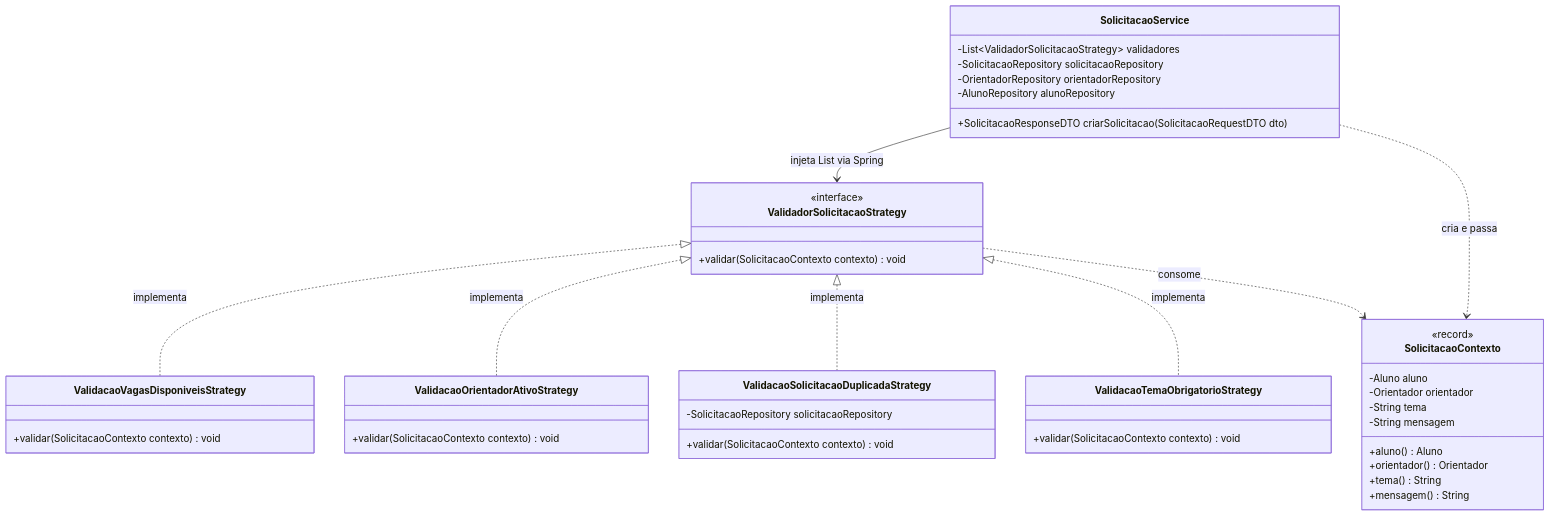
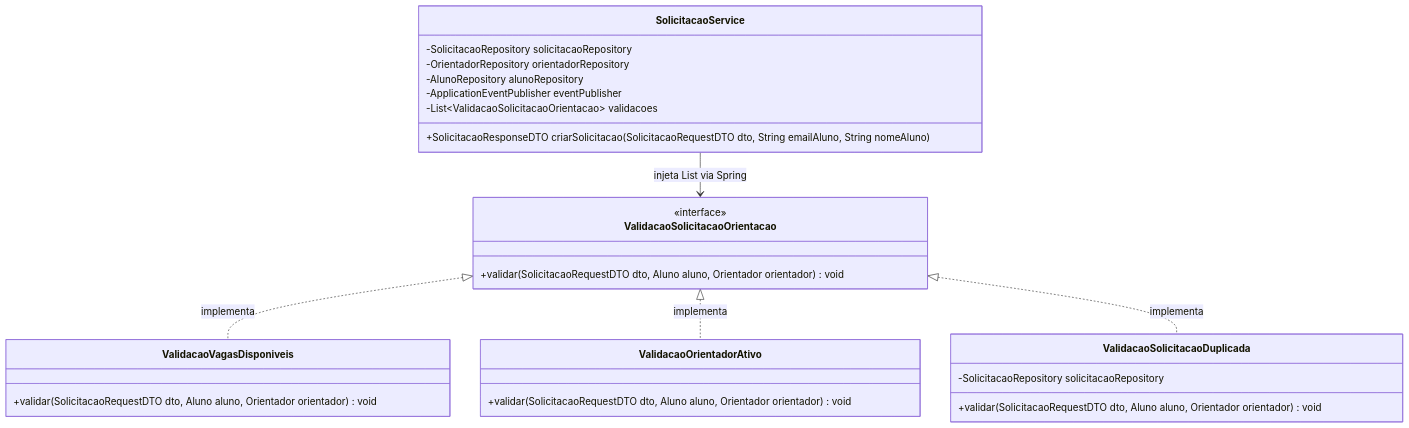
The first of 3 diagrams in docs/PADROES-DE-PROJETO.md (IFSC-ES2/es2-2026_2-equipe-3), drawn with Mermaid before and after one commit. The commit also changed other lines of this file and 1 other file, not shown here.

Commit message:
docs(padroes): alinha especificacao dos padroes strategy e observer e corrige links relativos

````diff
--- a/docs/PADROES-DE-PROJETO.md
+++ b/docs/PADROES-DE-PROJETO.md
@@ -39,54 +40,36 @@
 ```mermaid
 classDiagram
     direction TB
 
     class SolicitacaoService {
-        -List~ValidadorSolicitacaoStrategy~ validadores
         -SolicitacaoRepository solicitacaoRepository
         -OrientadorRepository orientadorRepository
         -AlunoRepository alunoRepository
-        +SolicitacaoResponseDTO criarSolicitacao(SolicitacaoRequestDTO dto)
+        -ApplicationEventPublisher eventPublisher
+        -List~ValidacaoSolicitacaoOrientacao~ validacoes
+        +SolicitacaoResponseDTO criarSolicitacao(SolicitacaoRequestDTO dto, String emailAluno, String nomeAluno)
     }
 
-    class SolicitacaoContexto {
-        <<record>>
-        -Aluno aluno
-        -Orientador orientador
-        -String tema
-        -String mensagem
-        +aluno() Aluno
-        +orientador() Orientador
-        +tema() String
-        +mensagem() String
+    class ValidacaoSolicitacaoOrientacao {
+        <<interface>>
+        +validar(SolicitacaoRequestDTO dto, Aluno aluno, Orientador orientador) void
     }
 
-    class ValidadorSolicitacaoStrategy {
-        <<interface>>
-        +validar(SolicitacaoContexto contexto) void
+    class ValidacaoVagasDisponiveis {
+        +validar(SolicitacaoRequestDTO dto, Aluno aluno, Orientador orientador) void
     }
 
-    class ValidacaoVagasDisponiveisStrategy {
-        +validar(SolicitacaoContexto contexto) void
+    class ValidacaoOrientadorAtivo {
+        +validar(SolicitacaoRequestDTO dto, Aluno aluno, Orientador orientador) void
     }
 
-    class ValidacaoOrientadorAtivoStrategy {
-        +validar(SolicitacaoContexto contexto) void
+    class ValidacaoSolicitacaoDuplicada {
+        -SolicitacaoRepository solicitacaoRepository
+        +validar(SolicitacaoRequestDTO dto, Aluno aluno, Orientador orientador) void
     }
 
-    class ValidacaoSolicitacaoDuplicadaStrategy {
-        -SolicitacaoRepository solicitacaoRepository
-        +validar(SolicitacaoContexto contexto) void
-    }
-
-    class ValidacaoTemaObrigatorioStrategy {
-        +validar(SolicitacaoContexto contexto) void
-    }
-
-    SolicitacaoService --> ValidadorSolicitacaoStrategy : injeta List via Spring
-    SolicitacaoService ..> SolicitacaoContexto : cria e passa
-    ValidadorSolicitacaoStrategy <|.. ValidacaoVagasDisponiveisStrategy : implementa
-    ValidadorSolicitacaoStrategy <|.. ValidacaoOrientadorAtivoStrategy : implementa
-    ValidadorSolicitacaoStrategy <|.. ValidacaoSolicitacaoDuplicadaStrategy : implementa
-    ValidadorSolicitacaoStrategy <|.. ValidacaoTemaObrigatorioStrategy : implementa
-    ValidadorSolicitacaoStrategy ..> SolicitacaoContexto : consome
+    SolicitacaoService --> ValidacaoSolicitacaoOrientacao : injeta List via Spring
+    ValidacaoSolicitacaoOrientacao <|.. ValidacaoVagasDisponiveis : implementa
+    ValidacaoSolicitacaoOrientacao <|.. ValidacaoOrientadorAtivo : implementa
+    ValidacaoSolicitacaoOrientacao <|.. ValidacaoSolicitacaoDuplicada : implementa
 ```
````
